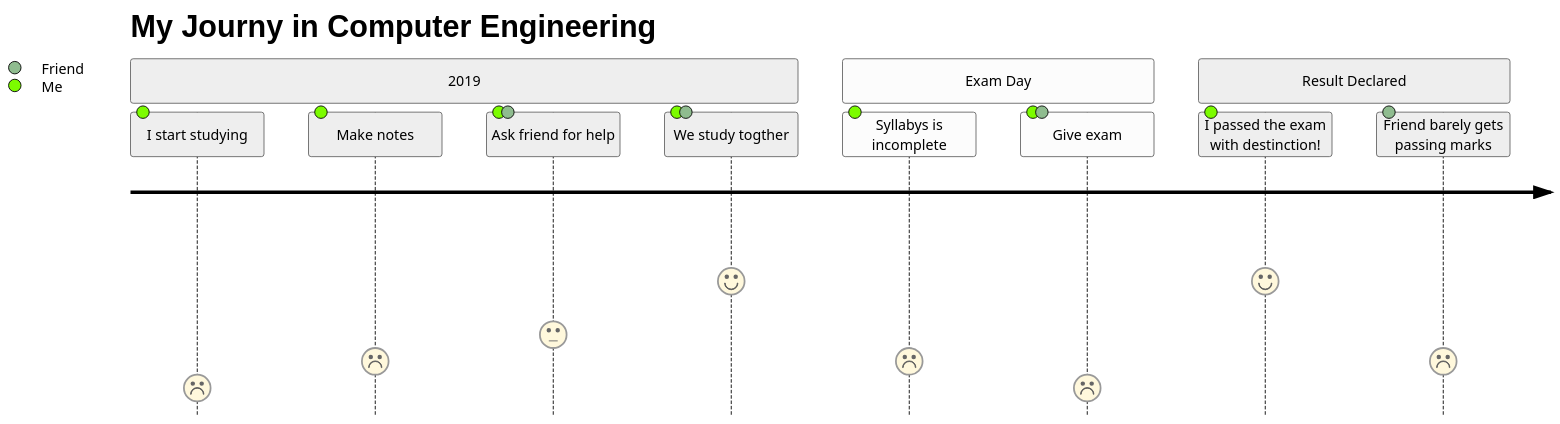
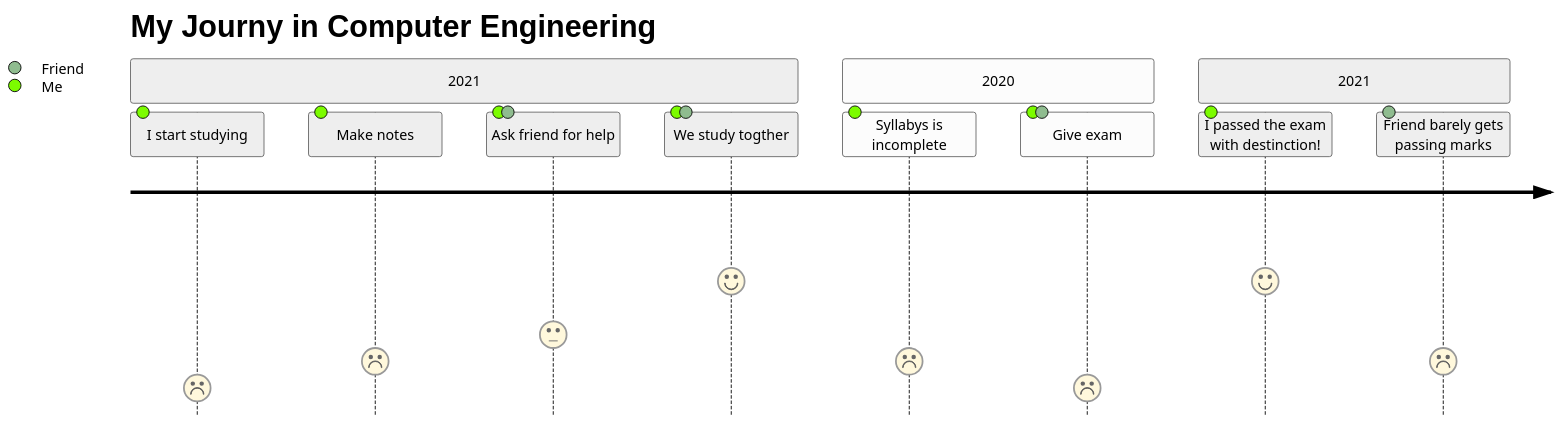
Before and after one commit to pratik-londhe4/pratik-londhe4: the diagram in README.md, drawn with Mermaid (neutral theme).

````diff
--- a/README.md
+++ b/README.md
@@ -16,15 +16,15 @@
 ```mermaid
 journey
 	title   My Journy in Computer Engineering
-	section 2019
+	section 2021
 		I start studying: 1: Me
 		Make notes: 2: Me
 		Ask friend for help: 3: Me, Friend
 		We study togther: 5: Me, Friend
-	section Exam Day
+	section 2020
 		Syllabys is incomplete: 2: Me
 		Give exam: 1: Me, Friend
-	section Result Declared
+	section 2021
 		I passed the exam with destinction!: 5: Me
 		Friend barely gets passing marks: 2: Friend
 ```
````
